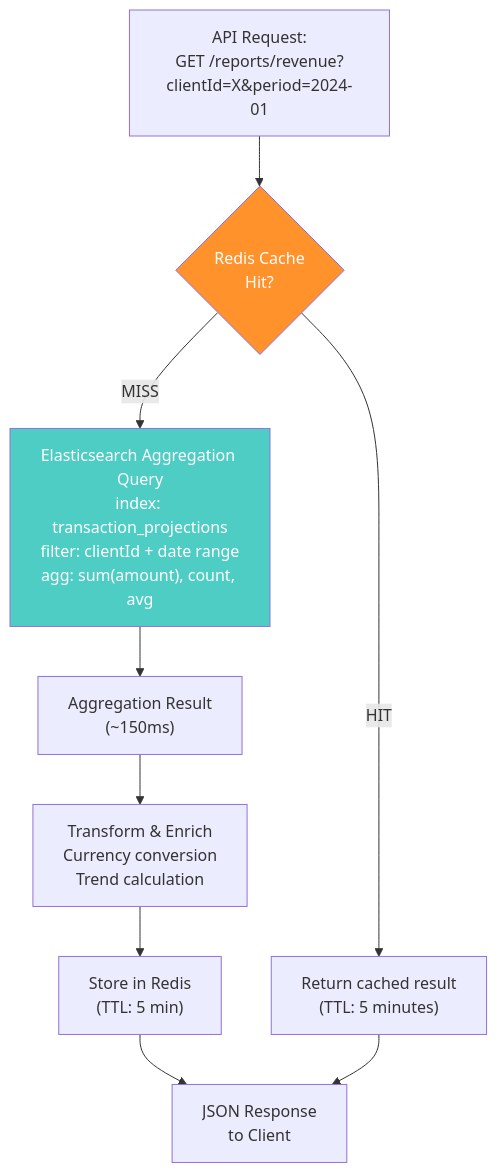
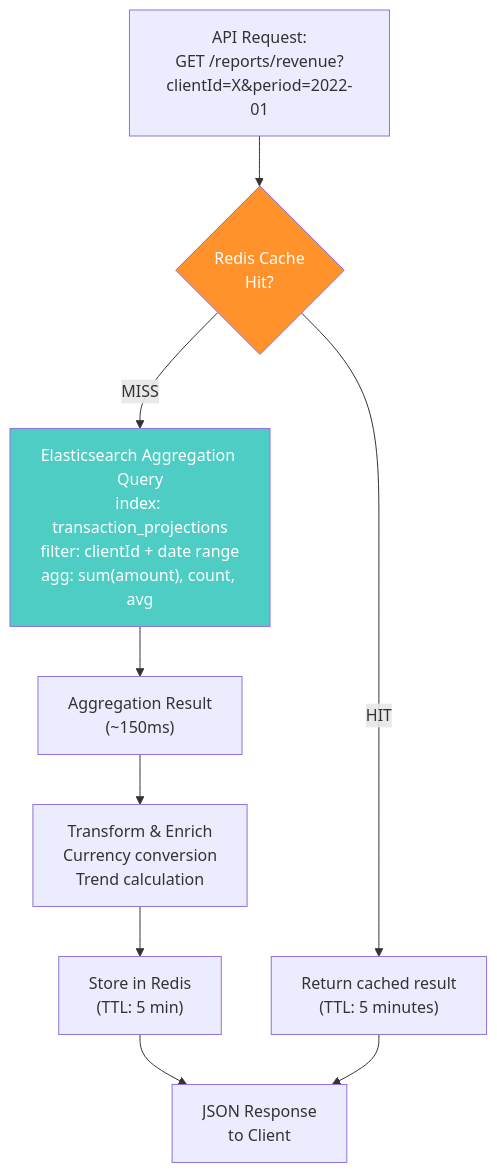
One commit to makeitfine-org/reporting changed the tenth of 12 diagrams in architecture and decoupling.md. Above: the diagram before and after it, drawn with Mermaid. The commit also changed other lines of this file and 3 other files, not shown here.

````diff
--- a/architecture and decoupling.md
+++ b/architecture and decoupling.md
@@ -706,30 +706,30 @@
 ```mermaid
 graph TB
-    Query["API Request:<br/>GET /reports/revenue?clientId=X&period=2024-01"]
+    Query["API Request:<br/>GET /reports/revenue?clientId=X&period=2022-01"]
 
     Cache{"Redis Cache<br/>Hit?"}
 
     CacheHit["Return cached result<br/>(TTL: 5 minutes)"]
 
     ESQuery["Elasticsearch Aggregation Query<br/>index: transaction_projections<br/>filter: clientId + date range<br/>agg: sum(amount), count, avg"]
 
     ESResult["Aggregation Result<br/>(~150ms)"]
 
     Transform["Transform & Enrich<br/>Currency conversion<br/>Trend calculation"]
 
     CacheStore["Store in Redis<br/>(TTL: 5 min)"]
 
     Response["JSON Response<br/>to Client"]
 
     Query --> Cache
     Cache -->|HIT| CacheHit
     Cache -->|MISS| ESQuery
     ESQuery --> ESResult
     ESResult --> Transform
     Transform --> CacheStore
     CacheStore --> Response
     CacheHit --> Response
 
     style Cache fill:#ff922b,color:#fff
     style ESQuery fill:#4ecdc4,color:#fff
 ```
````
